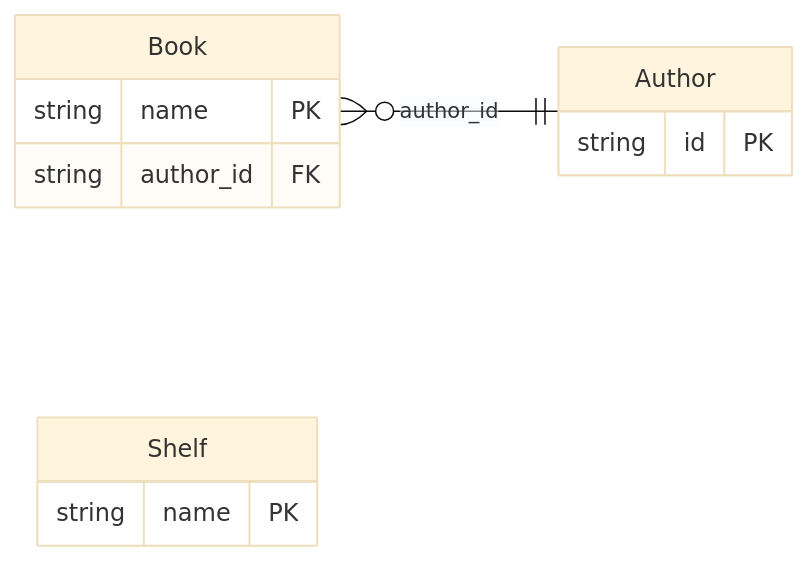
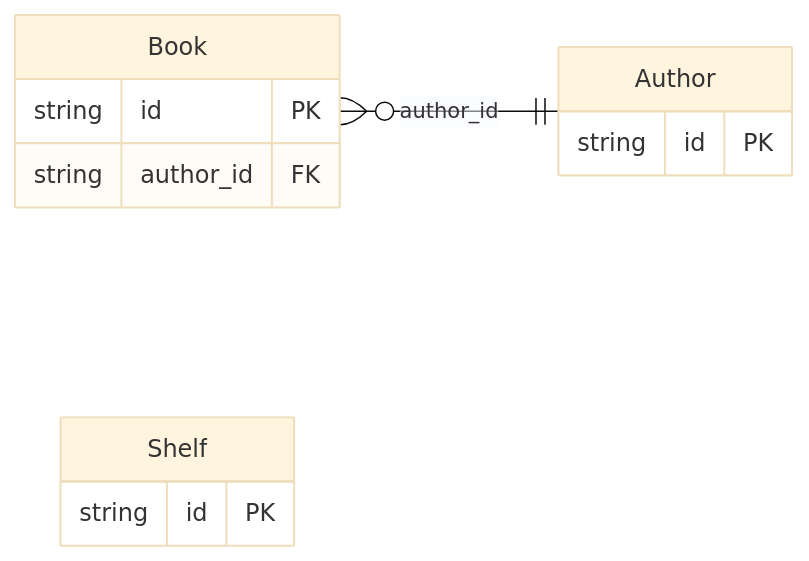
One commit to the-protobuf-project/orm changed the diagram in plugin/generator/testdata/cases/bookstore/golden/prisma/bookstore_db/README.md. Above: the diagram before and after it, drawn with Mermaid (base theme). The commit also changed 135 other files, not shown here.

First line of the commit message:
feat: add PostgreSQL schemas and tables for fleet tracking and calendar app

````diff
--- a/plugin/generator/testdata/cases/bookstore/golden/prisma/bookstore_db/README.md
+++ b/plugin/generator/testdata/cases/bookstore/golden/prisma/bookstore_db/README.md
@@ -13,15 +13,15 @@
 ```mermaid
 erDiagram
     direction LR
     Author {
         string id PK
     }
     Book {
-        string name PK
+        string id PK
         string author_id FK
     }
     Shelf {
-        string name PK
+        string id PK
     }
     Book }o--|| Author : "author_id"
 ```
````
